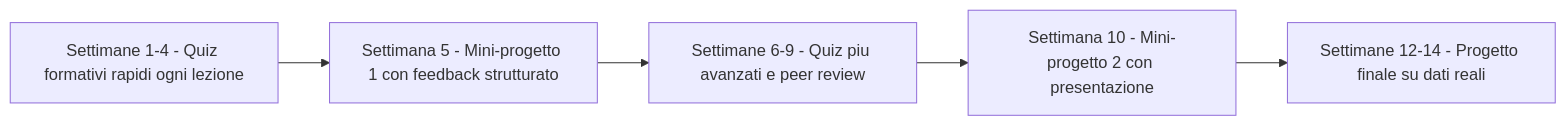
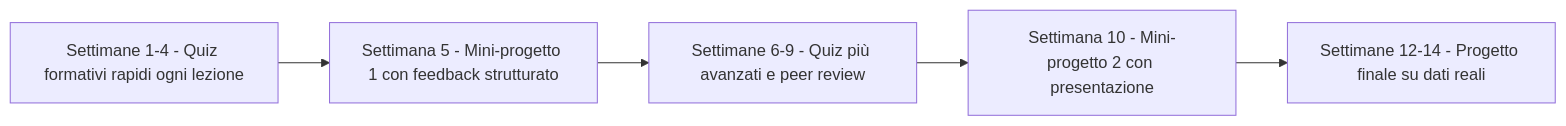
The diagram in src/content/blog/innovazione-ateneo.mdx (AndreyBertasini/gynnitech), drawn with Mermaid before and after one commit. The commit also changed other lines of this file and 77 other files, not shown here.

````diff
--- a/src/content/blog/innovazione-ateneo.mdx
+++ b/src/content/blog/innovazione-ateneo.mdx
@@ -111,7 +111,7 @@
 ```mermaid
 graph LR
     A["Settimane 1-4 - Quiz formativi rapidi ogni lezione"] --> B["Settimana 5 - Mini-progetto 1 con feedback strutturato"]
-    B --> C["Settimane 6-9 - Quiz piu avanzati e peer review"]
+    B --> C["Settimane 6-9 - Quiz più avanzati e peer review"]
     C --> D["Settimana 10 - Mini-progetto 2 con presentazione"]
     D --> E["Settimane 12-14 - Progetto finale su dati reali"]
 ```
````
